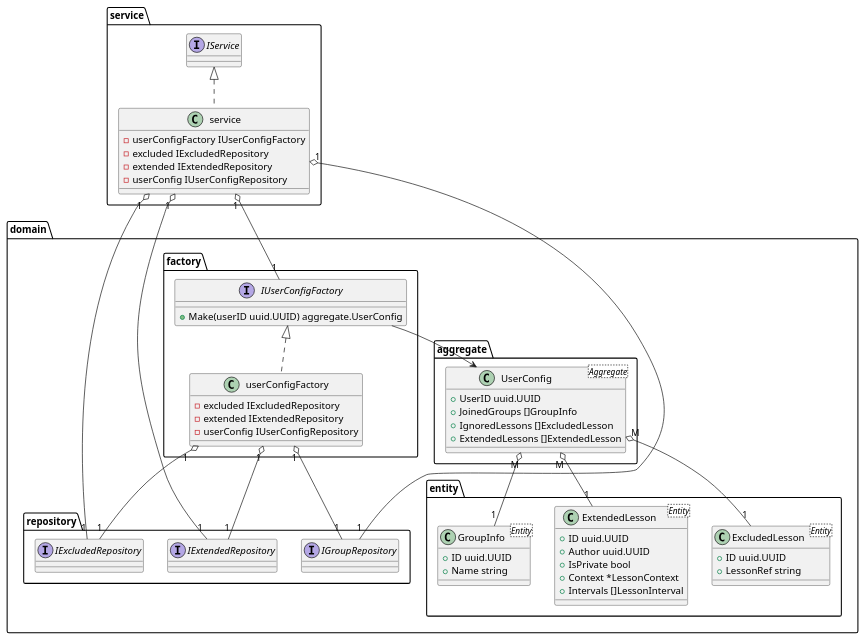
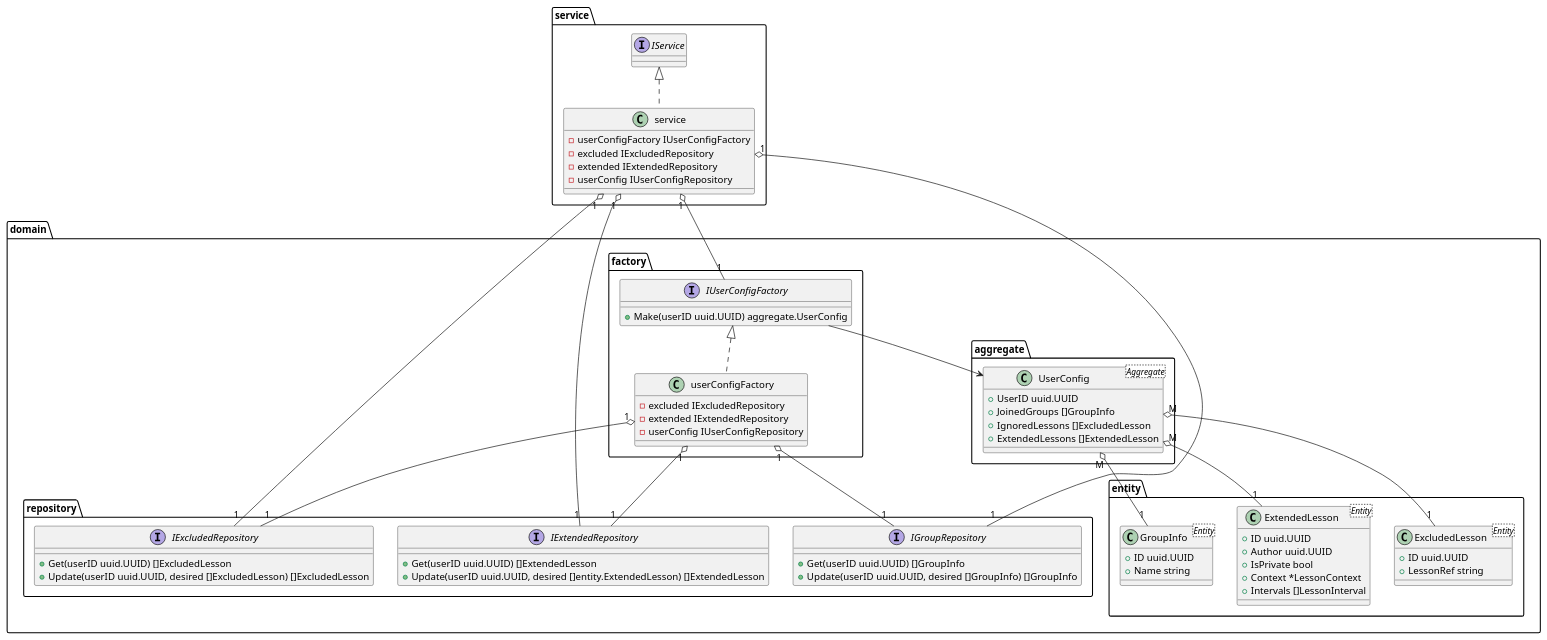
Before and after one commit to tellmeac/ExtendedSchedule: the diagram in ExtendedSchedule/docs/class_diagramm.puml, drawn with PlantUML. The commit also changed 1 other file, not shown here.

```diff
--- a/ExtendedSchedule/docs/class_diagramm.puml
+++ b/ExtendedSchedule/docs/class_diagramm.puml
@@ -1,89 +1,92 @@
 @startuml class_diagramm
 
 namespace domain {
     namespace aggregate {
         class UserConfig <Aggregate> {
             +UserID uuid.UUID
             +JoinedGroups []GroupInfo
             +IgnoredLessons []ExcludedLesson
             +ExtendedLessons []ExtendedLesson
         }
 
     }
 
     namespace entity {
         class ExcludedLesson <Entity> {
             +ID uuid.UUID
             +LessonRef string
         }
 
         class ExtendedLesson <Entity> {
             +ID uuid.UUID
             +Author uuid.UUID
             +IsPrivate bool
             +Context *LessonContext
             +Intervals []LessonInterval
         }
 
         class GroupInfo <Entity> {
             + ID uuid.UUID
             + Name string
         }
     }
 
     domain.aggregate.UserConfig "M" o-- "1" domain.entity.ExcludedLesson
     domain.aggregate.UserConfig "M" o-- "1" domain.entity.ExtendedLesson
     domain.aggregate.UserConfig "M" o-- "1" domain.entity.GroupInfo
 
     namespace repository {
         interface IExcludedRepository {
-
+            +Get(userID uuid.UUID) []ExcludedLesson
+            +Update(userID uuid.UUID, desired []ExcludedLesson) []ExcludedLesson
         }
 
         interface IExtendedRepository {
-
+            +Get(userID uuid.UUID) []ExtendedLesson
+            +Update(userID uuid.UUID, desired []entity.ExtendedLesson) []ExtendedLesson
         }
 
         interface IGroupRepository {
-
+            +Get(userID uuid.UUID) []GroupInfo
+            +Update(userID uuid.UUID, desired []GroupInfo) []GroupInfo
         }
     }
 
     namespace factory {
         interface IUserConfigFactory {
             +Make(userID uuid.UUID) aggregate.UserConfig
         }
 
         IUserConfigFactory --> domain.aggregate.UserConfig
 
         class userConfigFactory implements IUserConfigFactory {
             -excluded IExcludedRepository
             -extended IExtendedRepository
             -userConfig IUserConfigRepository
         }
 
         userConfigFactory "1" o-- "1" domain.repository.IExcludedRepository
         userConfigFactory "1" o-- "1" domain.repository.IExtendedRepository
         userConfigFactory "1" o-- "1" domain.repository.IGroupRepository
     }
 }
 
 namespace service {
     interface IService {
 
     }
 
     class service implements IService {
         -userConfigFactory IUserConfigFactory
         -excluded IExcludedRepository
         -extended IExtendedRepository
         -userConfig IUserConfigRepository
     }
 
     service "1" o-- "1" domain.factory.IUserConfigFactory
     service "1" o-- "1" domain.repository.IExcludedRepository
     service "1" o-- "1" domain.repository.IExtendedRepository
     service "1" o-- "1" domain.repository.IGroupRepository
 }
 
 @enduml
```
